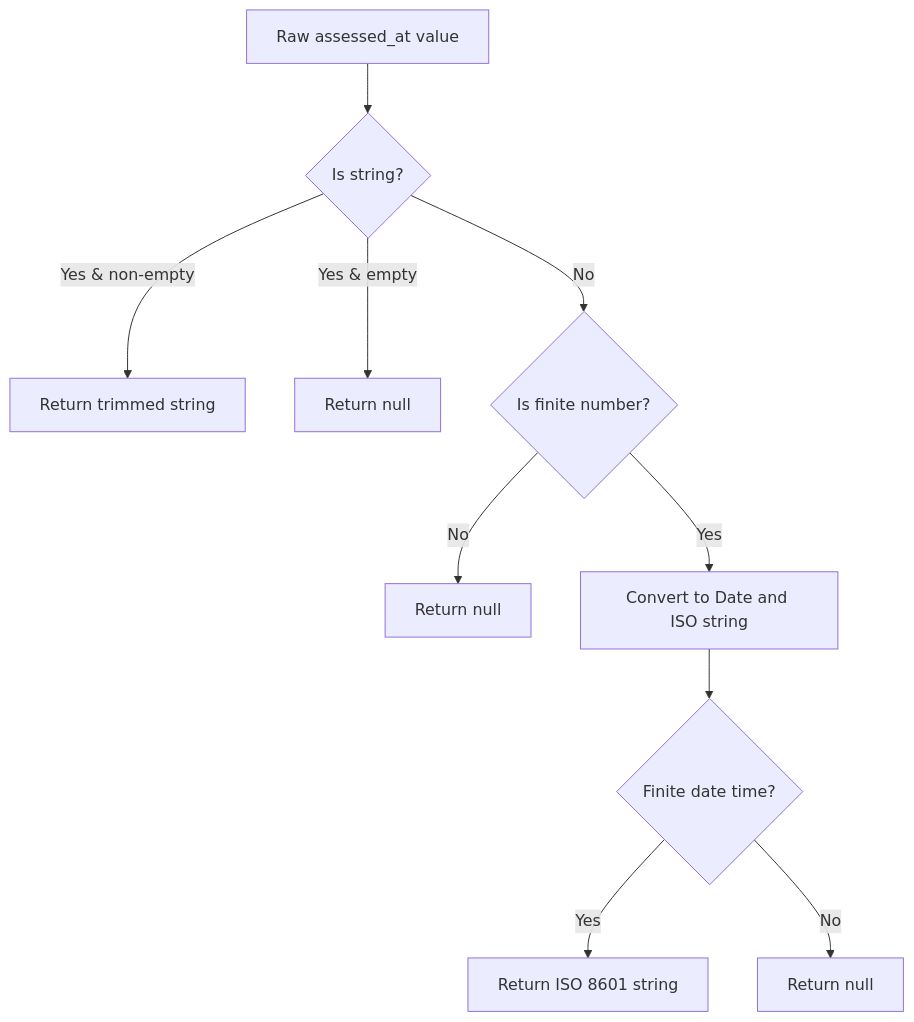
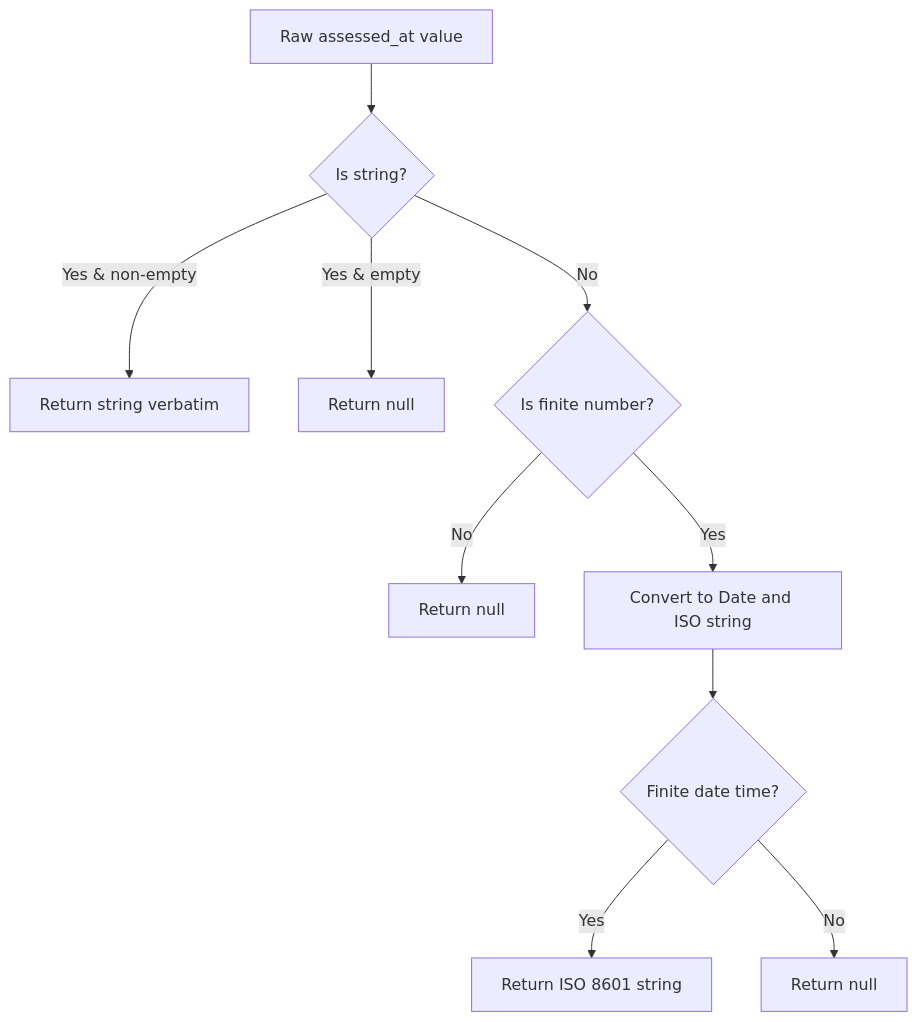
Before and after one commit to Kuldeep2822k/palee-architecture: diagram 13 of 14 in Data Models and Types/Supporting Data Models.md, drawn with Mermaid. The commit also changed other lines of this file and 7 other files, not shown here.

````diff
--- a/Data Models and Types/Supporting Data Models.md
+++ b/Data Models and Types/Supporting Data Models.md
@@ -449,12 +449,12 @@
 ```mermaid
 flowchart TD
   Input["Raw assessed_at value"] --> TypeCheck{"Is string?"}
-  TypeCheck -->|Yes & non-empty| ReturnString["Return trimmed string"]
+  TypeCheck -->|Yes & non-empty| ReturnString["Return string verbatim"]
   TypeCheck -->|Yes & empty| NullString["Return null"]
   TypeCheck -->|No| NumberCheck{"Is finite number?"}
   NumberCheck -->|No| NullOther["Return null"]
   NumberCheck -->|Yes| DateConvert["Convert to Date and ISO string"]
   DateConvert --> ValidDate{"Finite date time?"}
   ValidDate -->|Yes| ReturnISO["Return ISO 8601 string"]
   ValidDate -->|No| NullNaN["Return null"]
 ```
````
